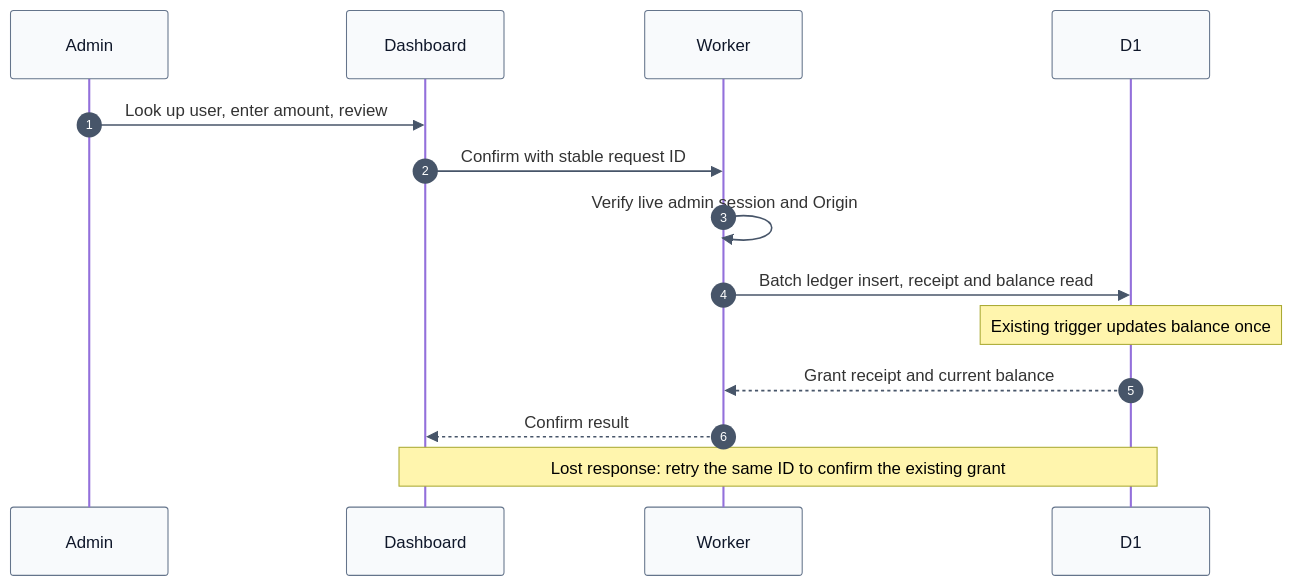
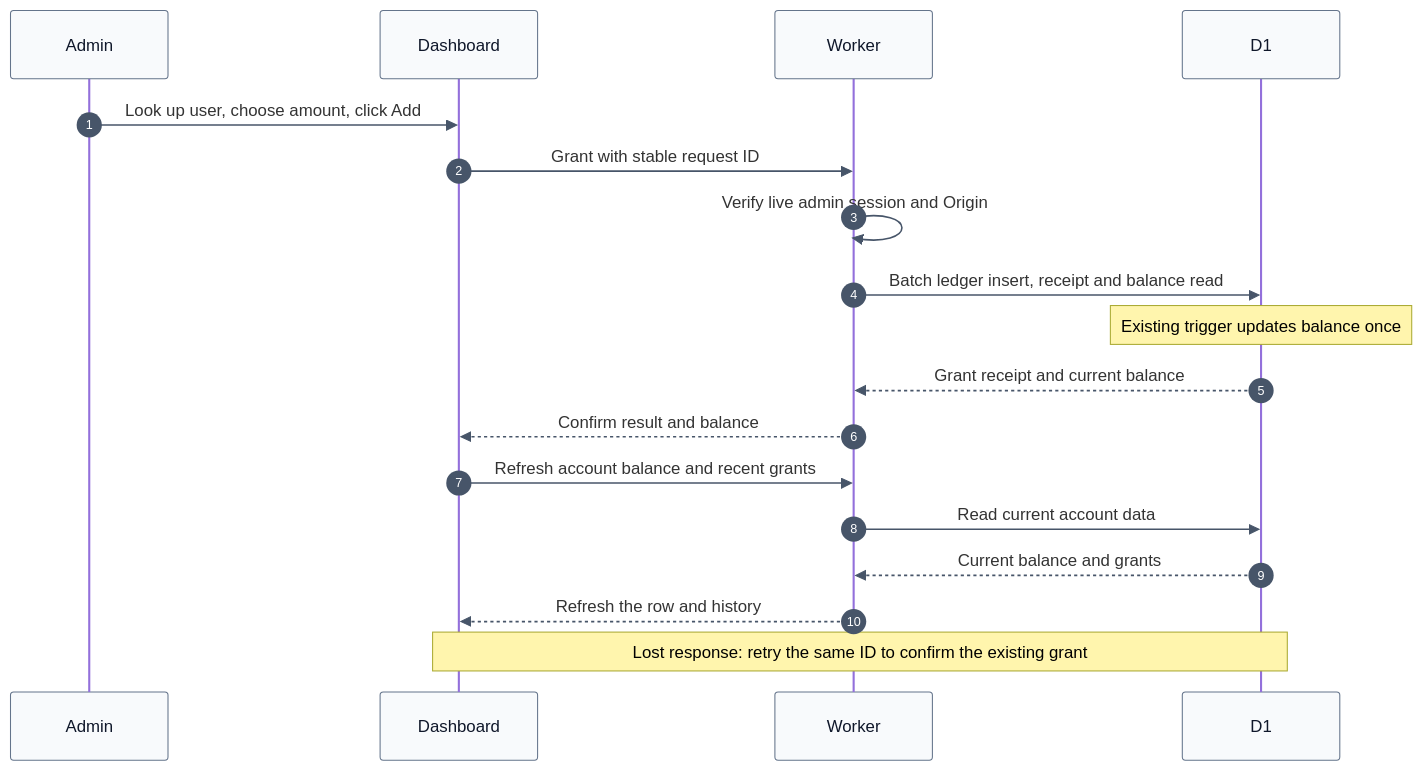
The second of 2 diagrams in reference/engineering/CREDIT_ACCOUNTING.md (devhims/video2ctx), drawn with Mermaid before and after one commit. The commit also changed other lines of this file and 4 other files, not shown here.

Commit message:
feat: add credits inline and refresh account balances

````diff
--- a/reference/engineering/CREDIT_ACCOUNTING.md
+++ b/reference/engineering/CREDIT_ACCOUNTING.md
@@ -103,17 +113,21 @@
 ```mermaid
 %%{init: {"themeVariables": {"sequenceNumberColor": "#ffffff", "signalColor": "#475569", "actorBkg": "#f8fafc", "actorTextColor": "#0f172a", "actorBorder": "#64748b"}}}%%
 sequenceDiagram
     autonumber
     participant Admin
     participant Dashboard
     participant Worker
     participant DB as D1
-    Admin->>Dashboard: Look up user, enter amount, review
-    Dashboard->>Worker: Confirm with stable request ID
+    Admin->>Dashboard: Look up user, choose amount, click Add
+    Dashboard->>Worker: Grant with stable request ID
     Worker->>Worker: Verify live admin session and Origin
     Worker->>DB: Batch ledger insert, receipt and balance read
     Note over DB: Existing trigger updates balance once
     DB-->>Worker: Grant receipt and current balance
-    Worker-->>Dashboard: Confirm result
+    Worker-->>Dashboard: Confirm result and balance
+    Dashboard->>Worker: Refresh account balance and recent grants
+    Worker->>DB: Read current account data
+    DB-->>Worker: Current balance and grants
+    Worker-->>Dashboard: Refresh the row and history
     Note over Dashboard,DB: Lost response: retry the same ID to confirm the existing grant
 ```
````
